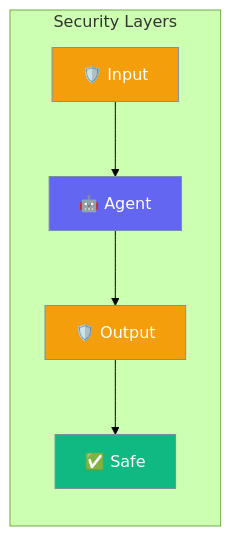
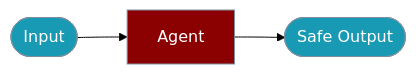
Before and after one commit to MervinPraison/PraisonAIDocs: the first of 2 diagrams in docs/js/security.mdx, drawn with Mermaid (forest theme). The commit also changed 19 other files, not shown here.

````diff
--- a/docs/js/security.mdx
+++ b/docs/js/security.mdx
@@ -10,16 +10,11 @@
 ```mermaid
 graph LR
-    subgraph "Security Layers"
-        A[🛡️ Input] --> B[🤖 Agent]
-        B --> C[🛡️ Output]
-        C --> D[✅ Safe]
-    end
-    
-    classDef filter fill:#F59E0B,stroke:#7C90A0,color:#fff
-    classDef agent fill:#6366F1,stroke:#7C90A0,color:#fff
-    classDef safe fill:#10B981,stroke:#7C90A0,color:#fff
-    
-    class A,C filter
-    class B agent
-    class D safe
+    Input([Input]) --> Agent[Agent]
+    Agent --> Safe([Safe Output])
+
+    classDef agent fill:#8B0000,stroke:#7C90A0,color:#fff
+    classDef tool fill:#189AB4,stroke:#7C90A0,color:#fff
+
+    class Agent agent
+    class Input,Safe tool
 ```
````
